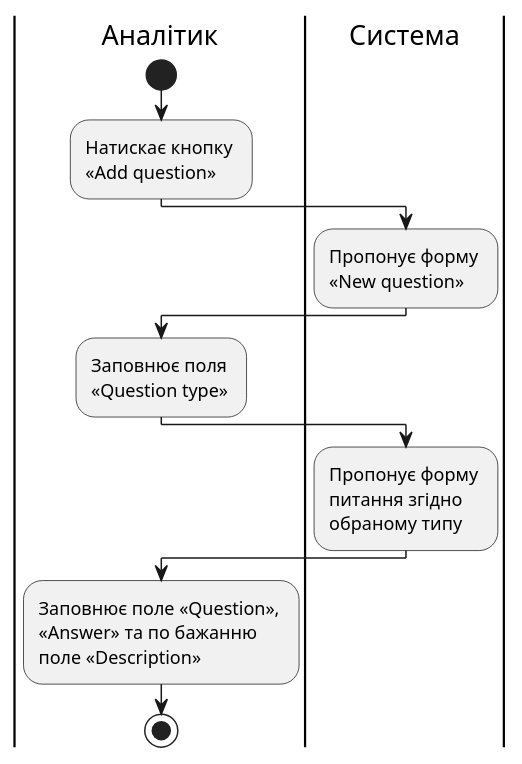
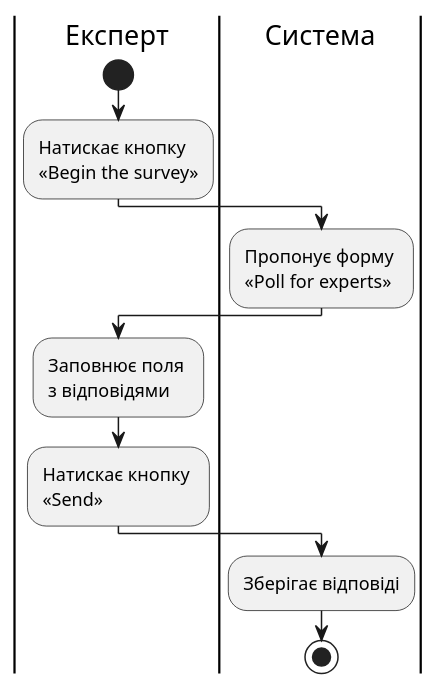
Before and after one commit to anrysliusar/SurvExp: the diagram in src/uml/use-cases/se-1-5.puml, drawn with PlantUML. The commit also changed 4 other files, not shown here.

```diff
--- a/src/uml/use-cases/se-1-5.puml
+++ b/src/uml/use-cases/se-1-5.puml
@@ -1,16 +1,17 @@
 @startuml
 
-  |Аналітик|
+  |Експерт|
   start
-  :Натискає кнопку \n«Add question»;
+  :Натискає кнопку \n«Begin the survey»;
   |Система|
-  :Пропонує форму \n«New question»;
-  |Аналітик|
-  :Заповнює поля \n«Question type»;
+  :Пропонує форму \n«Poll for experts»;
+  |Експерт|
+  :Заповнює поля \nз відповідями;
+  |Експерт|
+  :Натискає кнопку \n«Send»;
   |Система|
-  :Пропонує форму \nпитання згідно \nобраному типу;
-  |Аналітик|
-  :Заповнює поле «Question», \n«Answer» та по бажанню \nполе «Description»;
+  :Зберігає відповіді;
+  
   stop
 
 @enduml
```
